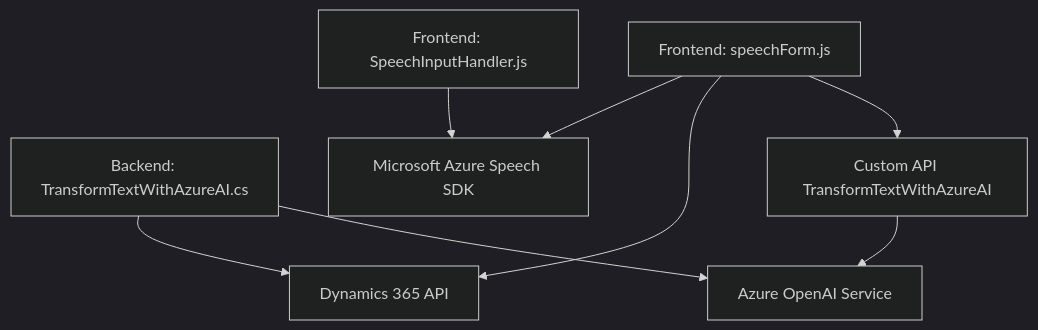
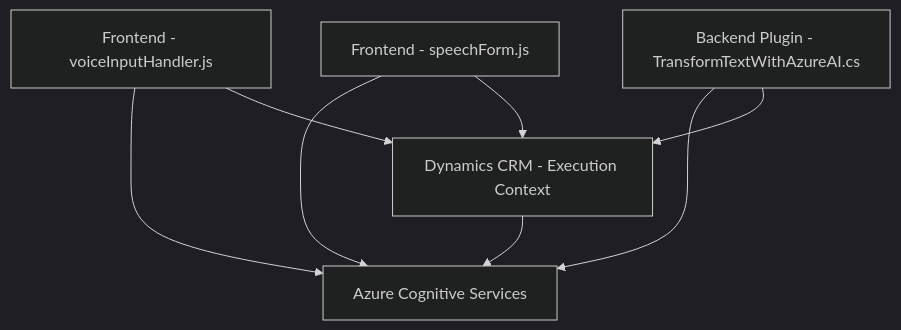
The diagram in README.md (blopezdm/NETCORE_BILBAO2025), drawn with Mermaid (dark theme) before and after one commit. The commit also changed other lines of this file, not shown here.

````diff
--- a/README.md
+++ b/README.md
@@ -42,18 +30,16 @@
 ```mermaid
 graph TD
-    A["Frontend: SpeechInputHandler.js"]
-    B["Frontend: speechForm.js"]
-    C["Backend: TransformTextWithAzureAI.cs"]
-    D["Microsoft Azure Speech SDK"]
-    E["Dynamics 365 API"]
-    F["Azure OpenAI Service"]
-    G["Custom API TransformTextWithAzureAI"]
+    A["Frontend - voiceInputHandler.js"]
+    B["Frontend - speechForm.js"]
+    C["Backend Plugin - TransformTextWithAzureAI.cs"]
+    D["Azure Cognitive Services"]
+    E["Dynamics CRM - Execution Context"]
 
     A --> D
     B --> D
+    C --> D
+    A --> E
     B --> E
-    B --> G
-    G --> F
     C --> E
-    C --> F
+    E --> D
 ```
````
